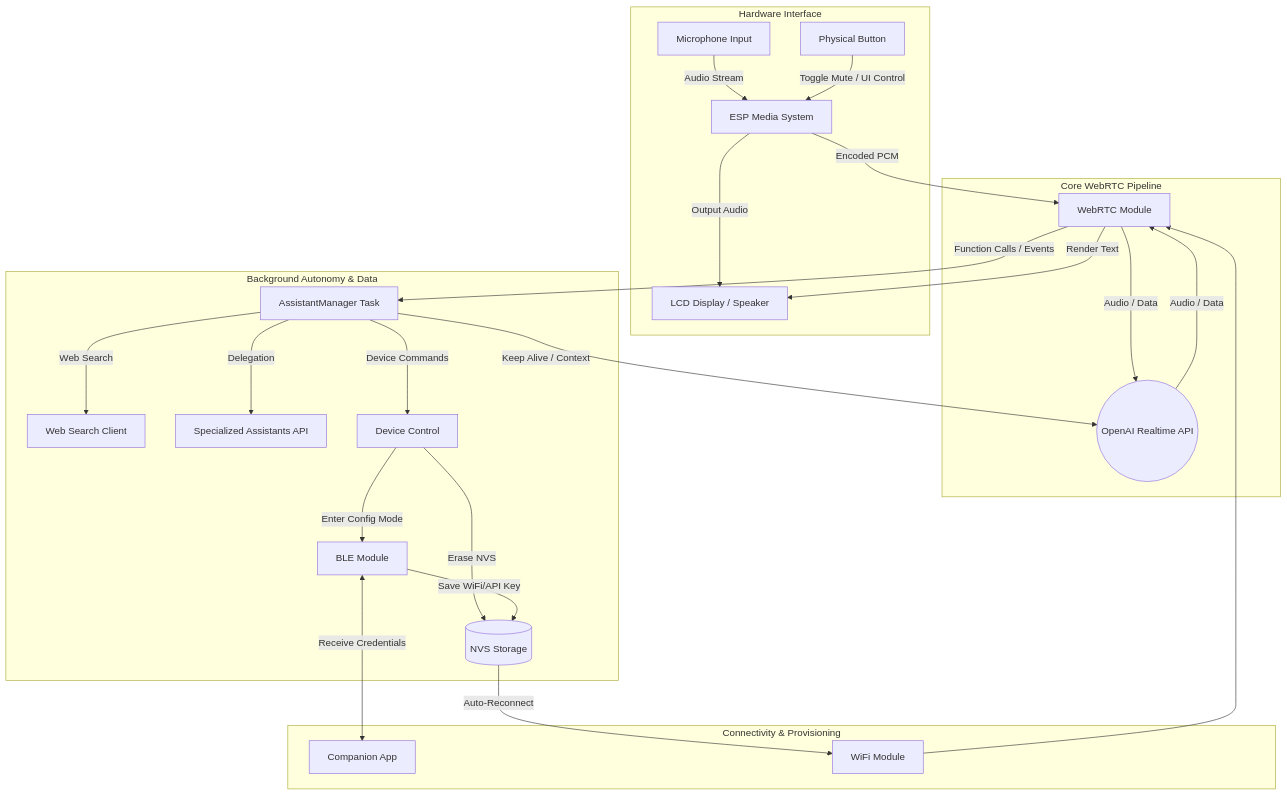
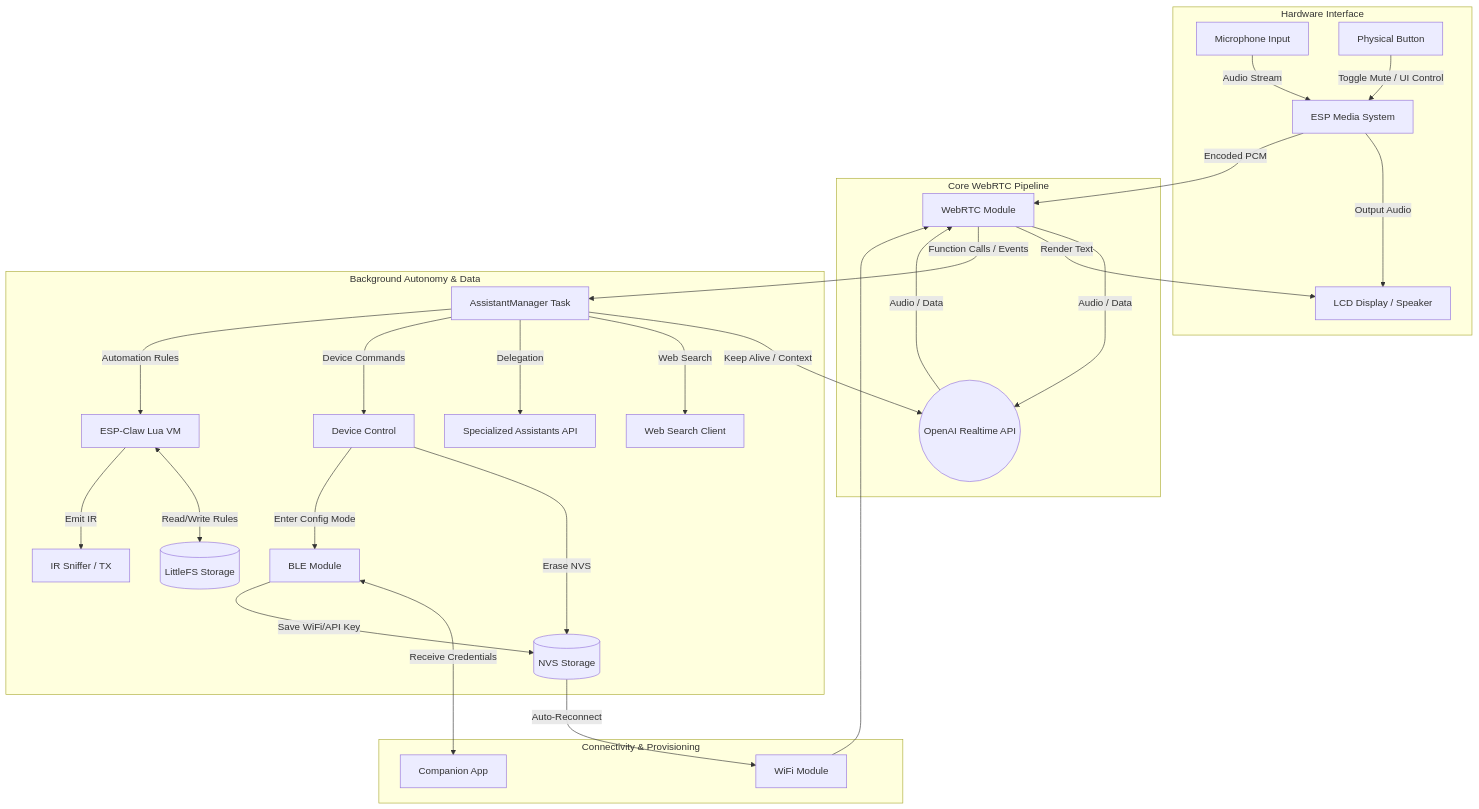
One commit to lmartinez51/esp32s3-camila changed the diagram in README.md. Above: the diagram before and after it, drawn with Mermaid. The commit also changed 1 other file, not shown here.

Commit message:
docs: update system architecture diagrams with ESP-Claw and LittleFS

````diff
--- a/README.md
+++ b/README.md
@@ -52,34 +52,37 @@
 ```mermaid
 flowchart TD
     subgraph Hardware Interface
         A[Microphone Input] -->|Audio Stream| B[ESP Media System]
         E[LCD Display / Speaker]
         F[Physical Button]
         B -->|Output Audio| E
     end
 
     subgraph Core WebRTC Pipeline
         B -->|Encoded PCM| C[WebRTC Module]
         C -->|Audio / Data| D((OpenAI Realtime API))
         D -->|Audio / Data| C
         C -->|Render Text| E
         F -->|Toggle Mute / UI Control| B
     end
 
     subgraph Background Autonomy & Data
         C -->|Function Calls / Events| G[AssistantManager Task]
         G -->|Keep Alive / Context| D
         G -->|Web Search| WS[Web Search Client]
         G -->|Delegation| SA[Specialized Assistants API]
         G -->|Device Commands| HC[Device Control]
         HC -->|Erase NVS| NVS[(NVS Storage)]
         HC -->|Enter Config Mode| BLE[BLE Module]
+        G -->|Automation Rules| LUA[ESP-Claw Lua VM]
+        LUA <-->|Read/Write Rules| LFS[(LittleFS Storage)]
+        LUA -->|Emit IR| IR[IR Sniffer / TX]
     end
 
     subgraph Connectivity & Provisioning
         BLE <-->|Receive Credentials| App[Companion App]
         BLE -->|Save WiFi/API Key| NVS
         NVS -->|Auto-Reconnect| WiFi[WiFi Module]
         WiFi --> C
     end
 ```
````
